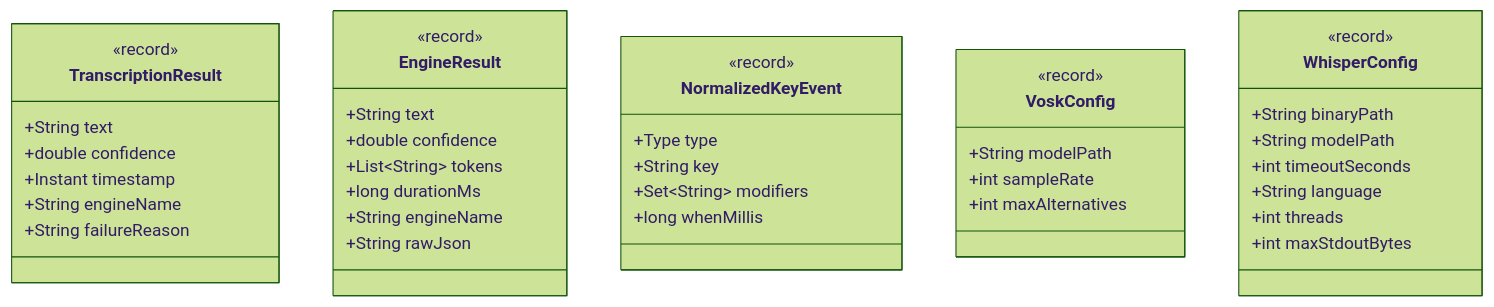
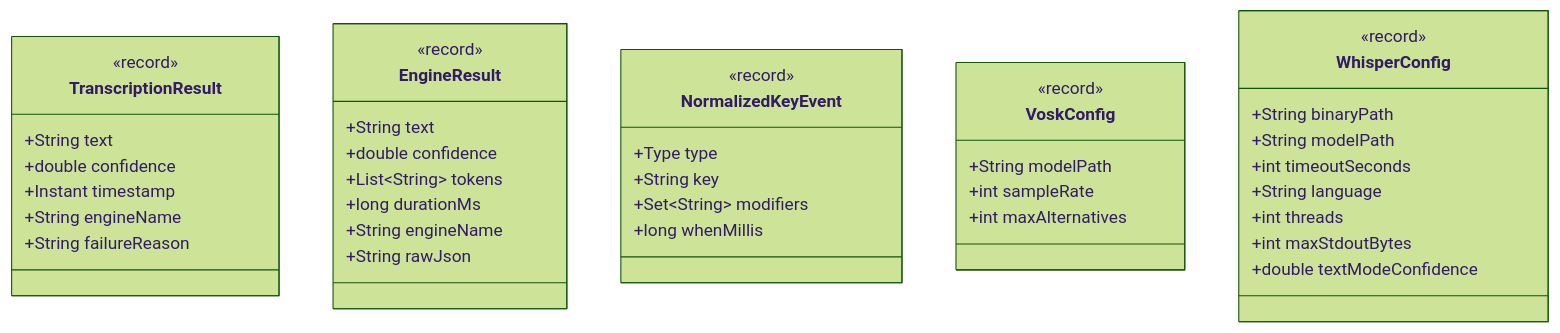
One commit to phillippitts/blckvox changed the eighth of 9 diagrams in docs/diagrams/class-dependencies.md. Above: the diagram before and after it, drawn with Mermaid (forest theme). The commit also changed other lines of this file and 18 other files, not shown here.

````diff
--- a/docs/diagrams/class-dependencies.md
+++ b/docs/diagrams/class-dependencies.md
@@ -393,46 +395,47 @@
 ```mermaid
 classDiagram
     class TranscriptionResult {
         <<record>>
         +String text
         +double confidence
         +Instant timestamp
         +String engineName
         +String failureReason
     }
 
     class EngineResult {
         <<record>>
         +String text
         +double confidence
         +List~String~ tokens
         +long durationMs
         +String engineName
         +String rawJson
     }
 
     class NormalizedKeyEvent {
         <<record>>
         +Type type
         +String key
         +Set~String~ modifiers
         +long whenMillis
     }
 
     class VoskConfig {
         <<record>>
         +String modelPath
         +int sampleRate
         +int maxAlternatives
     }
 
     class WhisperConfig {
         <<record>>
         +String binaryPath
         +String modelPath
         +int timeoutSeconds
         +String language
         +int threads
         +int maxStdoutBytes
+        +double textModeConfidence
     }
 ```
````
